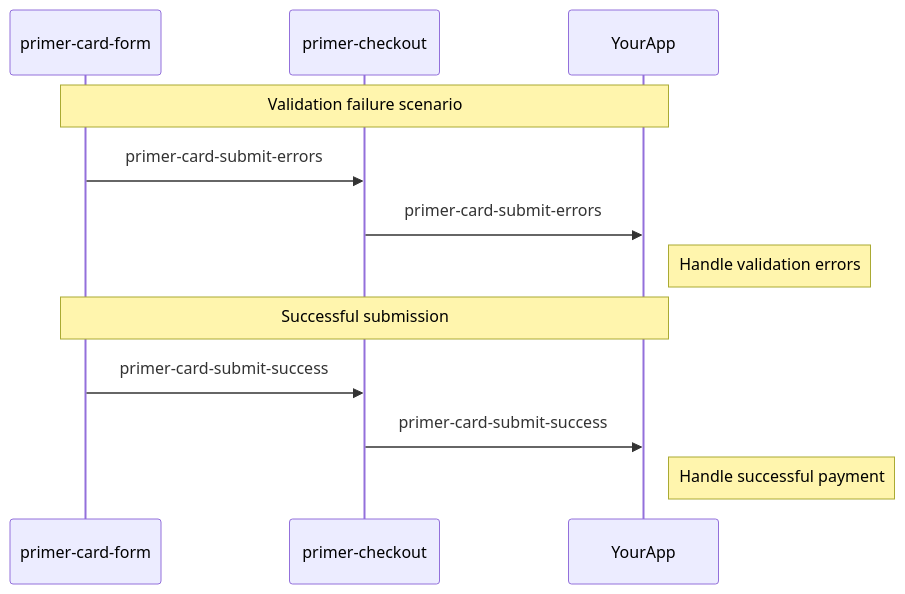
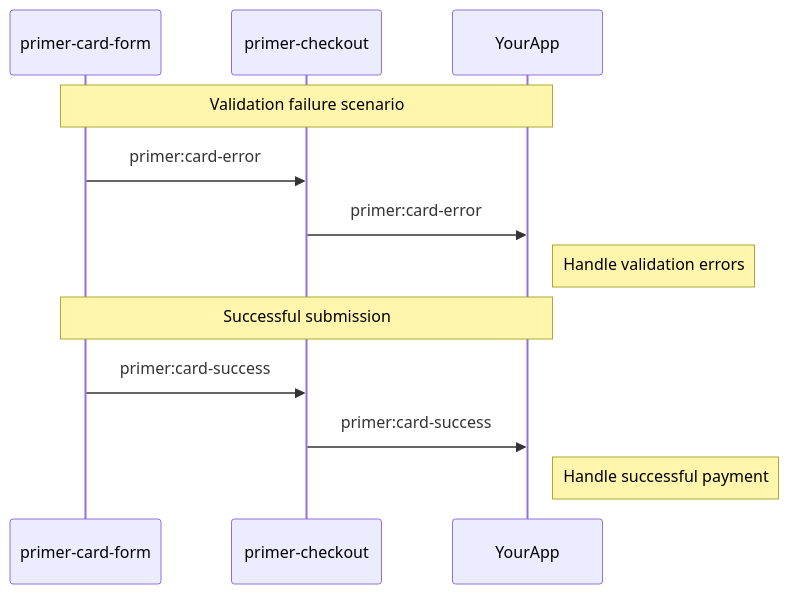
The fourth of 5 diagrams in docs/general-docs/documentation/card-form-customizations-guide.md (primer-io/examples), drawn with Mermaid before and after one commit. The commit also changed other lines of this file and 19 other files, not shown here.

````diff
--- a/docs/general-docs/documentation/card-form-customizations-guide.md
+++ b/docs/general-docs/documentation/card-form-customizations-guide.md
@@ -209,16 +209,16 @@
 ```mermaid
 sequenceDiagram
     participant CardForm as primer-card-form
     participant Checkout as primer-checkout
     participant YourApp
 
     Note over CardForm,YourApp: Validation failure scenario
-    CardForm->>Checkout: primer-card-submit-errors
-    Checkout->>YourApp: primer-card-submit-errors
+    CardForm->>Checkout: primer:card-error
+    Checkout->>YourApp: primer:card-error
     Note right of YourApp: Handle validation errors
 
     Note over CardForm,YourApp: Successful submission
-    CardForm->>Checkout: primer-card-submit-success
-    Checkout->>YourApp: primer-card-submit-success
+    CardForm->>Checkout: primer:card-success
+    Checkout->>YourApp: primer:card-success
     Note right of YourApp: Handle successful payment
 ```
````
